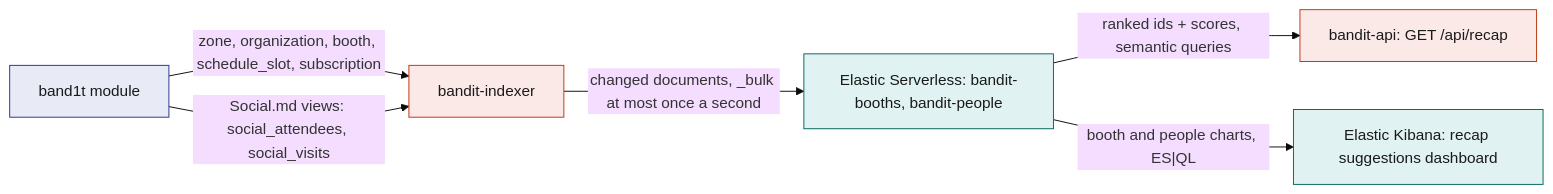
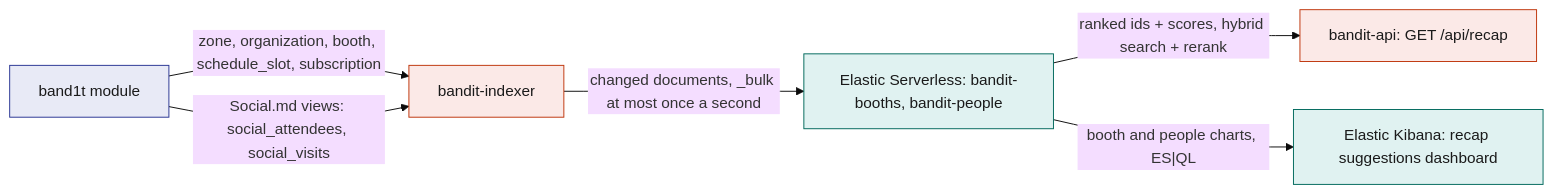
One commit to viktorinkov/cal-hacks-13 changed the fifth of 8 diagrams in System Design/7-integrations/Elastic.md. Above: the diagram before and after it, drawn with Mermaid (base theme). The commit also changed other lines of this file and 8 other files, not shown here.

Commit message:
design: hybrid search with rerank for clauses and the recap

````diff
--- a/System Design/7-integrations/Elastic.md
+++ b/System Design/7-integrations/Elastic.md
@@ -505,14 +510,14 @@
 ```mermaid
 flowchart LR
   STDB["band1t module"] -->|"zone, organization, booth, schedule_slot, subscription"| IDX["bandit-indexer"]
   STDB -->|"Social.md views: social_attendees, social_visits"| IDX
   IDX -->|"changed documents, _bulk at most once a second"| ES["Elastic Serverless: bandit-booths, bandit-people"]
-  ES -->|"ranked ids + scores, semantic queries"| API["bandit-api: GET /api/recap"]
+  ES -->|"ranked ids + scores, hybrid search + rerank"| API["bandit-api: GET /api/recap"]
   ES -->|"booth and people charts, ES|QL"| KIB["Elastic Kibana: recap suggestions dashboard"]
   classDef rust fill:#FBE9E7,stroke:#BF360C,color:#1A1A1A
   classDef stdb fill:#E8EAF6,stroke:#283593,color:#1A1A1A
   classDef ext fill:#E0F2F1,stroke:#00695C,color:#1A1A1A
   class IDX,API rust
   class STDB stdb
   class ES,KIB ext
 ```
````
